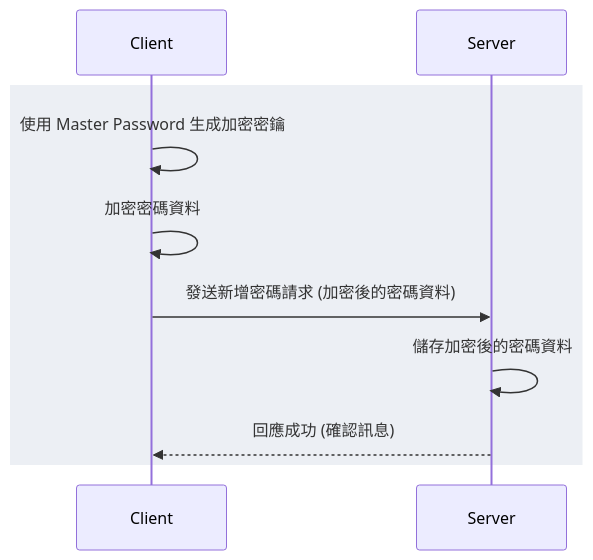
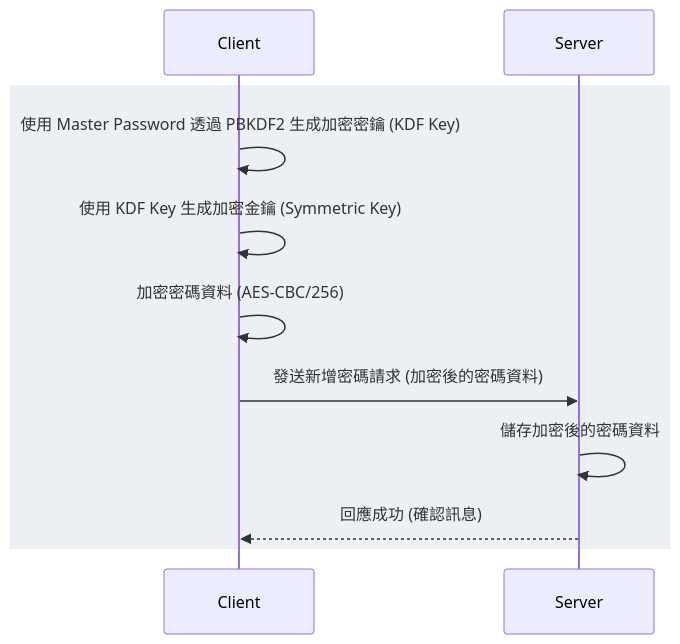
The first of 3 diagrams in content/blogs/develop/2023/bitwarden_with_self_hosted_password_backend/index.md (omegaatt36/omegaatt-blog), drawn with Mermaid before and after one commit. The commit also changed other lines of this file and 2 other files, not shown here.

````diff
--- a/content/blogs/develop/2023/bitwarden_with_self_hosted_password_backend/index.md
+++ b/content/blogs/develop/2023/bitwarden_with_self_hosted_password_backend/index.md
@@ -47,13 +53,14 @@
 ```mermaid
 sequenceDiagram
     participant Client
     participant Server
 
     rect rgb(236,239,244)
-    Client ->> Client: 使用 Master Password 生成加密密鑰
-    Client ->> Client: 加密密碼資料
+    Client ->> Client: 使用 Master Password 透過 PBKDF2 生成加密密鑰 (KDF Key)
+    Client ->> Client: 使用 KDF Key 生成加密金鑰 (Symmetric Key)
+    Client ->> Client: 加密密碼資料 (AES-CBC/256)
     Client ->> Server: 發送新增密碼請求 (加密後的密碼資料)
     Server ->> Server: 儲存加密後的密碼資料
     Server -->> Client: 回應成功 (確認訊息)
     end
 ```
````
